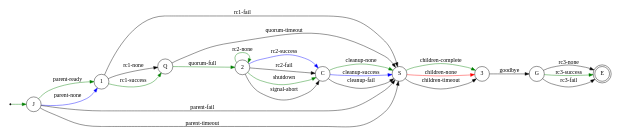
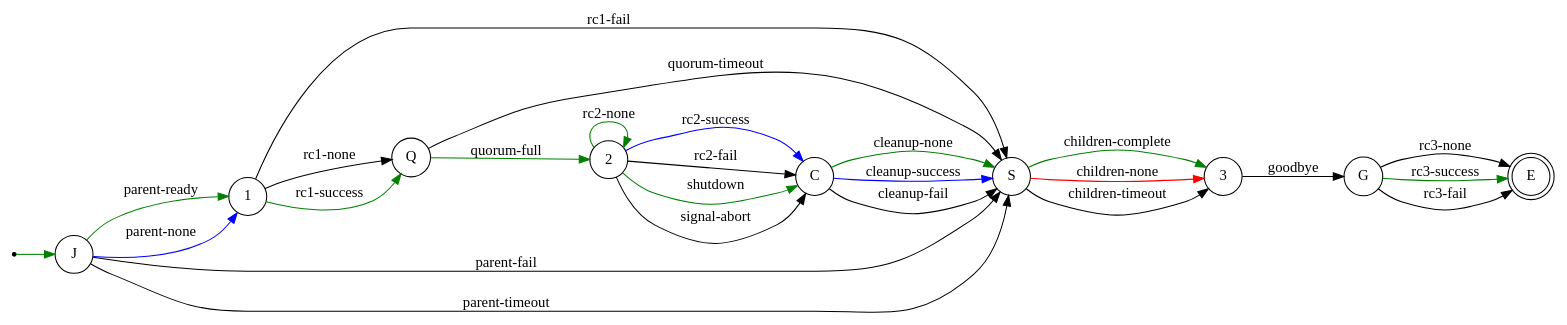
Before and after one commit to flux-framework/flux-core: the diagram in doc/guide/images/states_norm.dot, drawn with Graphviz. The commit also changed 2 other files, not shown here.

Commit message:
doc: click broker state diagrams for full size
Problem: the inline images in the broker internals guide
are too small to read.

Drop the size directive from the graphviz source, which limits
the size of the generated png.  Reduce the image scale used in
the document so the image fits without affecting its aspect ratio
too much.

Then add a target directive so that clicking the inline image allows
the full size image to be viewed.

Use image captions, switching from "image" to "figure", and mention
"click to enlarge".

```diff
--- a/doc/guide/images/states_norm.dot
+++ b/doc/guide/images/states_norm.dot
@@ -1,36 +1,35 @@
 // Usage: dot -Tpng file.dot -o file.png
 
 digraph finite_state_machine {
     rankdir=LR;
-    size="8,5"
 
     node [shape = point ]; N
     node [shape = doublecircle ]; E
 
     node [shape = circle];
     N -> J [ color= "green" ];
     J -> 1 [ label = "parent-ready", color = "green" ];
     J -> 1 [ label = "parent-none", color = "blue" ];
     J -> S [ label = "parent-fail" ];
     J -> S [ label = "parent-timeout" ];
     1 -> Q [ label = "rc1-none" ];
     1 -> Q [ label = "rc1-success", color = "green" ];
     Q -> 2 [ label = "quorum-full", color = "green" ];
     Q -> S [ label = "quorum-timeout" ];
     1 -> S [ label = "rc1-fail" ];
     2 -> 2 [ label = "rc2-none", color = "green" ];
     2 -> C [ label = "rc2-success", color = "blue" ];
     2 -> C [ label = "rc2-fail" ];
     2 -> C [ label = "shutdown", color = "green" ];
     2 -> C [ label = "signal-abort" ];
     C -> S [ label = "cleanup-none", color = "green" ];
     C -> S [ label = "cleanup-success", color = "blue" ];
     C -> S [ label = "cleanup-fail" ];
     S -> 3 [ label = "children-complete", color = "green" ];
     S -> 3 [ label = "children-none", color = "red" ];
     S -> 3 [ label = "children-timeout" ];
     3 -> G [ label = "goodbye" ];
     G -> E [ label = "rc3-none" ];
     G -> E [ label = "rc3-success", color = "green" ];
     G -> E [ label = "rc3-fail" ];
 }
```
